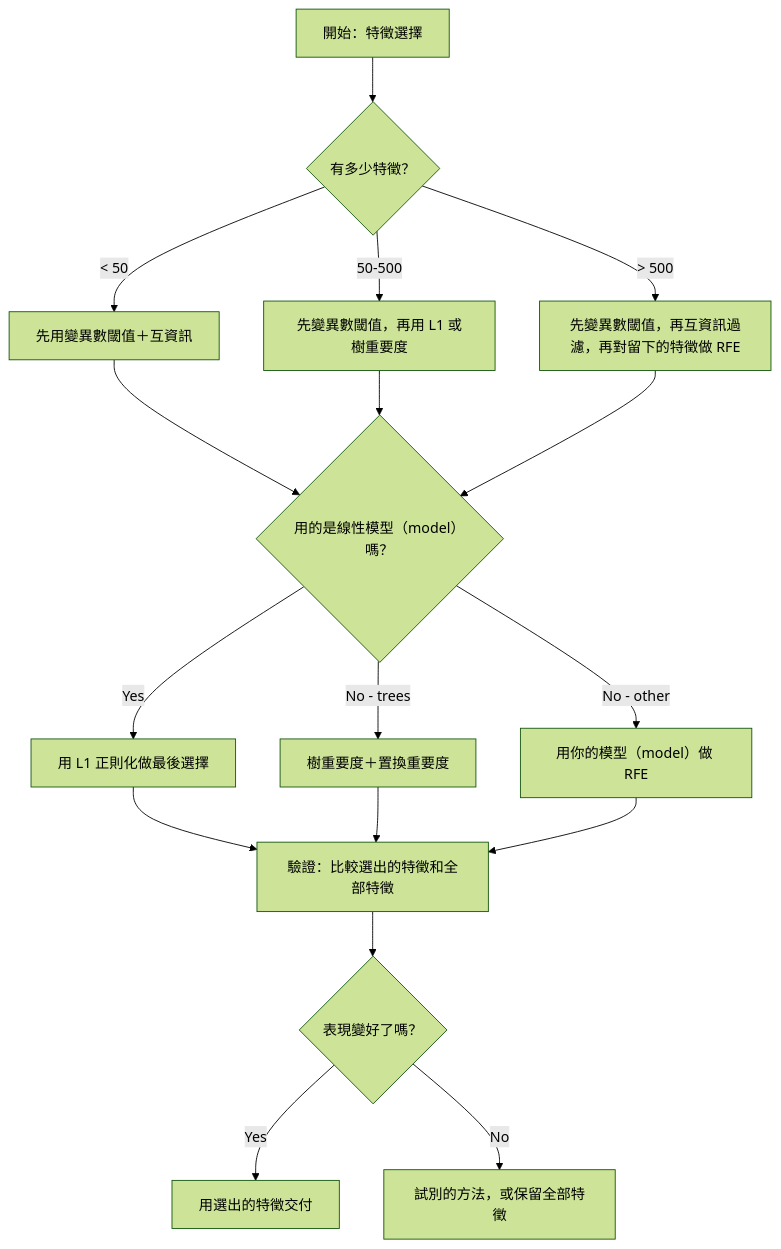
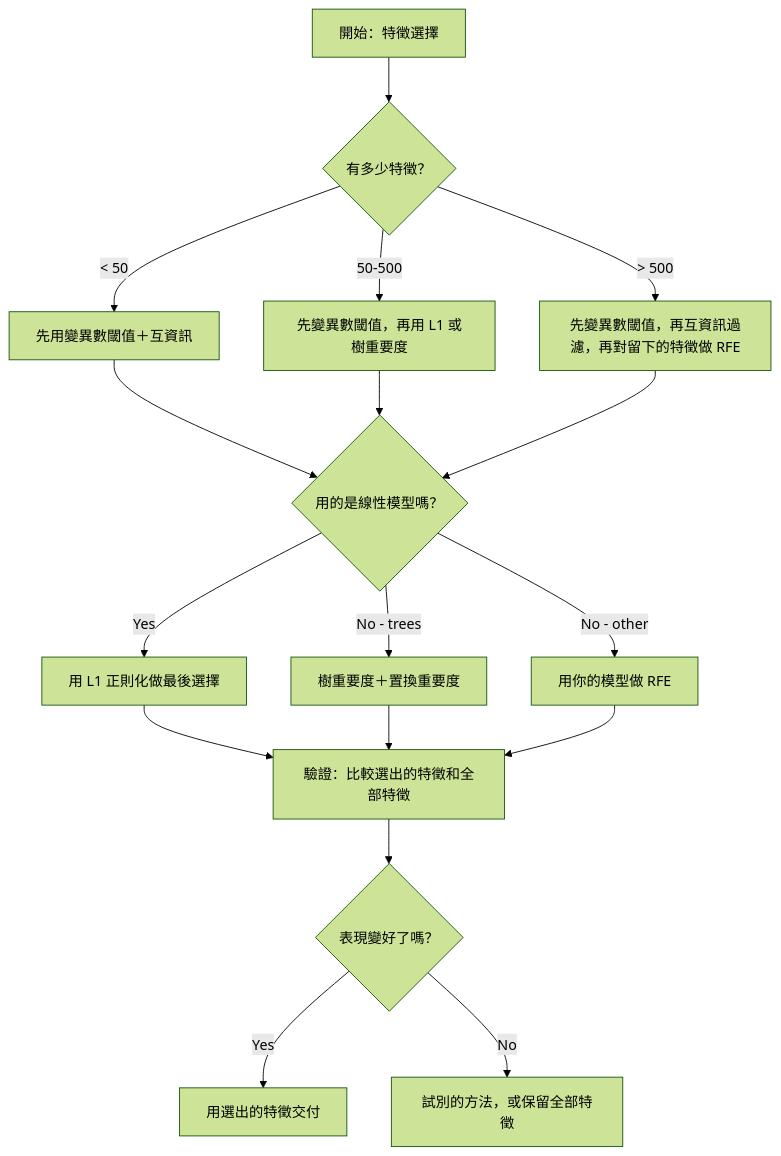
One commit to edward821220/ai-engineering-from-scratch changed the fourth of 4 diagrams in i18n/zh-TW/phases/02-ml-fundamentals/18-feature-selection/docs/zh-TW.md. Above: the diagram before and after it, drawn with Mermaid (forest theme). The commit also changed other lines of this file and 123 other files, not shown here.

````diff
--- a/i18n/zh-TW/phases/02-ml-fundamentals/18-feature-selection/docs/zh-TW.md
+++ b/i18n/zh-TW/phases/02-ml-fundamentals/18-feature-selection/docs/zh-TW.md
@@ -181,23 +181,23 @@
 ```mermaid
 flowchart TD
     A[開始：特徵選擇] --> B{有多少特徵？}
     B -->|"< 50"| C["先用變異數閾值＋互資訊"]
     B -->|"50-500"| D["先變異數閾值，再用 L1 或樹重要度"]
     B -->|"> 500"| E["先變異數閾值，再互資訊過濾，再對留下的特徵做 RFE"]
 
-    C --> F{用的是線性模型（model）嗎？}
+    C --> F{用的是線性模型嗎？}
     D --> F
     E --> F
 
     F -->|Yes| G["用 L1 正則化做最後選擇"]
     F -->|No - trees| H["樹重要度＋置換重要度"]
-    F -->|No - other| I["用你的模型（model）做 RFE"]
+    F -->|No - other| I["用你的模型做 RFE"]
 
     G --> J[驗證：比較選出的特徵和全部特徵]
     H --> J
     I --> J
 
     J --> K{表現變好了嗎？}
     K -->|Yes| L["用選出的特徵交付"]
     K -->|No| M["試別的方法，或保留全部特徵"]
 ```
````
